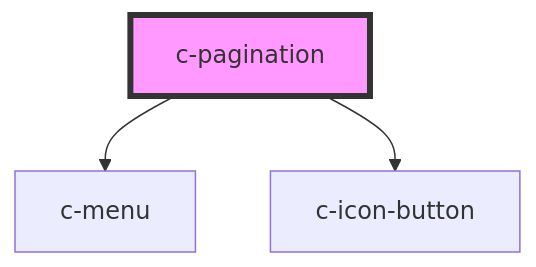
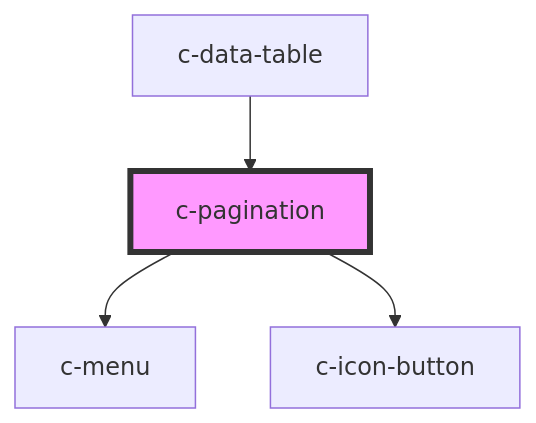
Before and after one commit to hannyle/csc-ui: the diagram in src/components/c-pagination/readme.md, drawn with Mermaid. The commit also changed other lines of this file and 11 other files, not shown here.

Commit message:
New component: c-data-table

````diff
--- a/src/components/c-pagination/readme.md
+++ b/src/components/c-pagination/readme.md
@@ -35,6 +39,7 @@
 ```mermaid
 graph TD;
   c-pagination --> c-menu
   c-pagination --> c-icon-button
+  c-data-table --> c-pagination
   style c-pagination fill:#f9f,stroke:#333,stroke-width:4px
 ```
````
